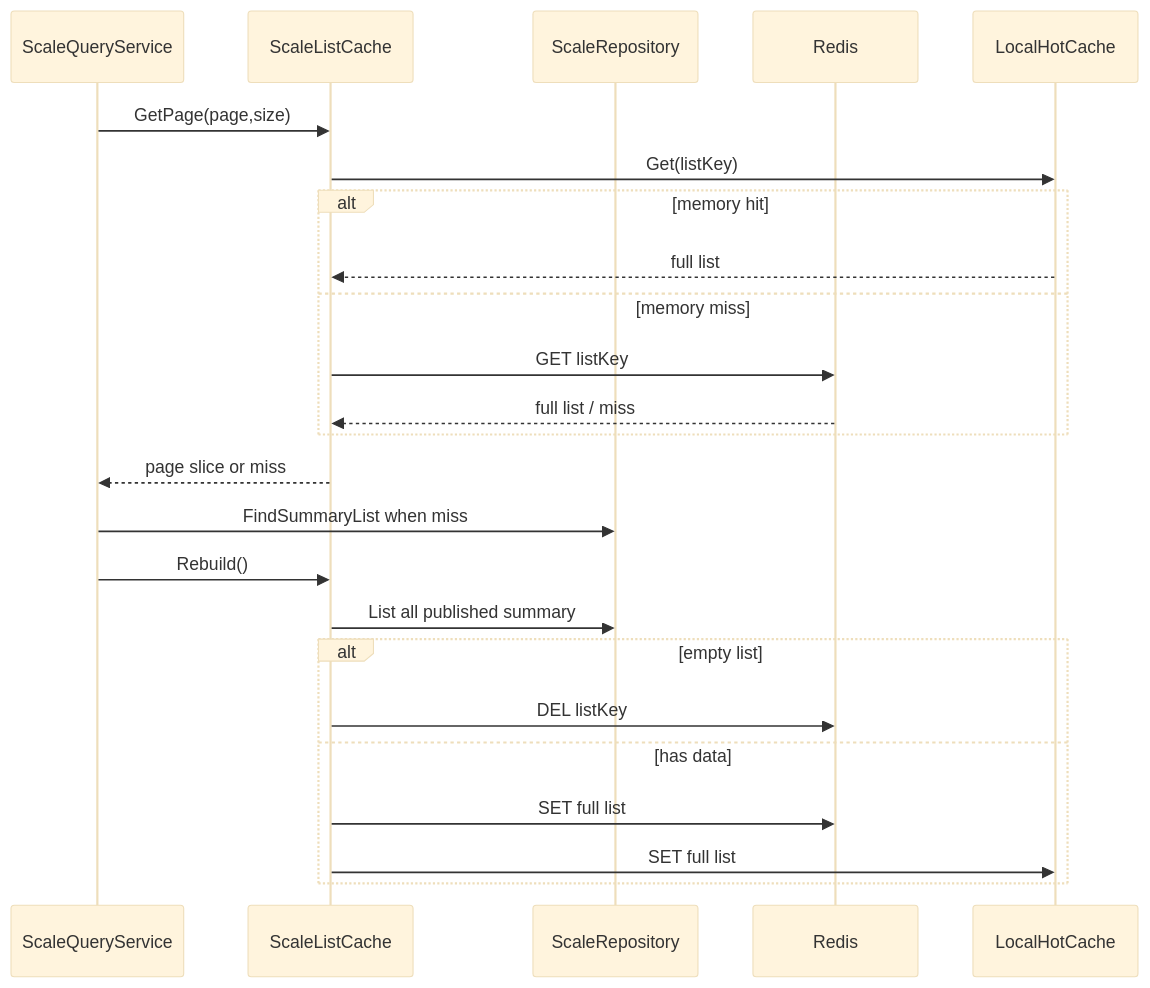
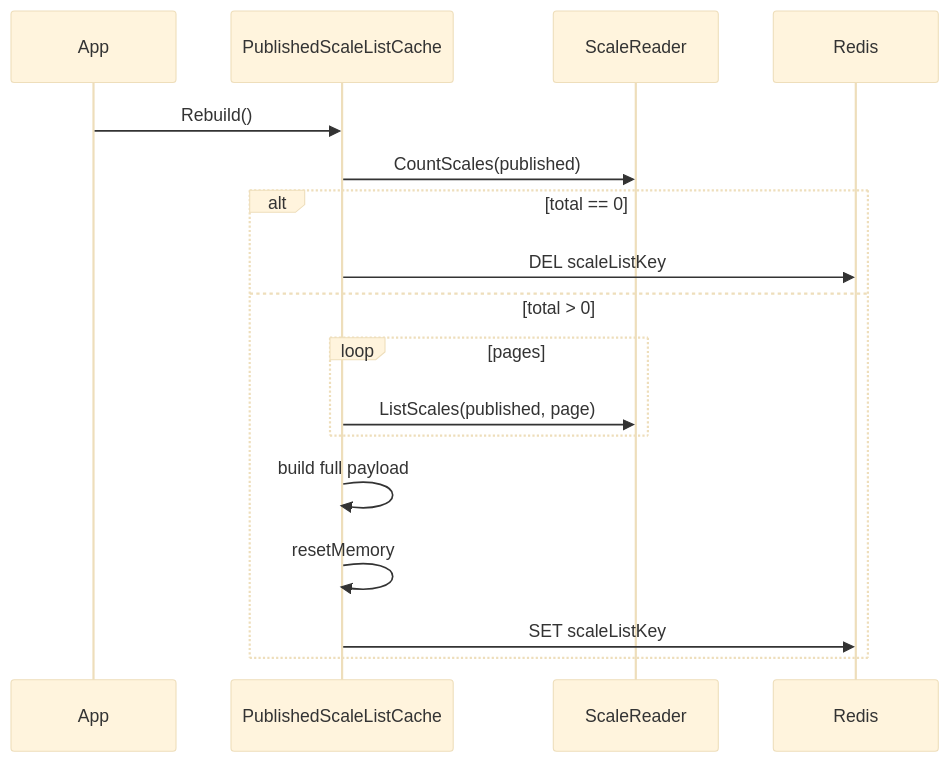
Before and after one commit to FangcunMount/qs-server: the fifth of 5 diagrams in docs/03-基础设施/redis/04-QueryCache与StaticList.md, drawn with Mermaid (base theme). The commit also changed other lines of this file and 10 other files, not shown here.

````diff
--- a/docs/03-基础设施/redis/04-QueryCache与StaticList.md
+++ b/docs/03-基础设施/redis/04-QueryCache与StaticList.md
@@ -37,27 +473,20 @@
 ```mermaid
 sequenceDiagram
-    participant App as ScaleQueryService
-    participant LC as ScaleListCache
-    participant Repo as ScaleRepository
+    participant App
+    participant Cache as PublishedScaleListCache
+    participant Reader as ScaleReader
     participant Redis
-    participant Mem as LocalHotCache
 
-    App->>LC: GetPage(page,size)
-    LC->>Mem: Get(listKey)
-    alt memory hit
-        Mem-->>LC: full list
-    else memory miss
-        LC->>Redis: GET listKey
-        Redis-->>LC: full list / miss
-    end
-    LC-->>App: page slice or miss
-    App->>Repo: FindSummaryList when miss
-    App->>LC: Rebuild()
-    LC->>Repo: List all published summary
-    alt empty list
-        LC->>Redis: DEL listKey
-    else has data
-        LC->>Redis: SET full list
-        LC->>Mem: SET full list
+    App->>Cache: Rebuild()
+    Cache->>Reader: CountScales(published)
+    alt total == 0
+        Cache->>Redis: DEL scaleListKey
+    else total > 0
+        loop pages
+            Cache->>Reader: ListScales(published, page)
+        end
+        Cache->>Cache: build full payload
+        Cache->>Cache: resetMemory
+        Cache->>Redis: SET scaleListKey
     end
 ```
````
